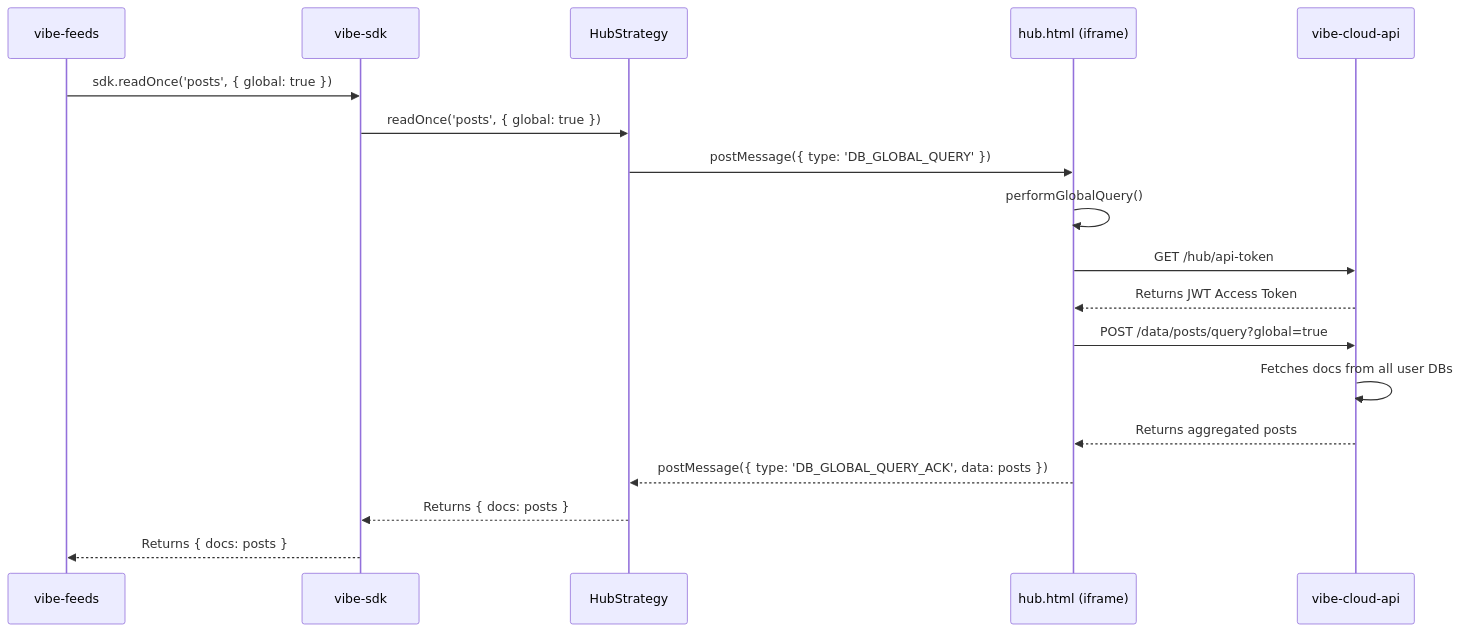
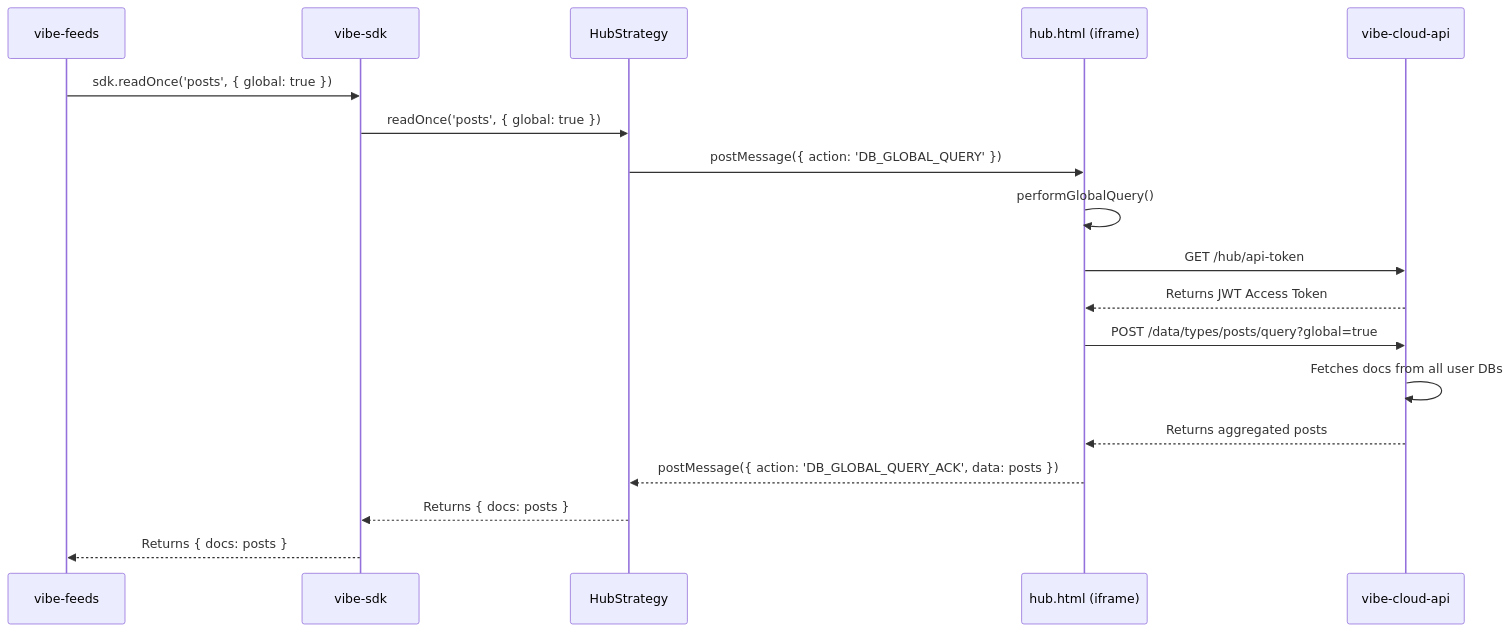
Before and after one commit to Social-Systems-Lab/vibe: the first of 5 diagrams in docs/HubDataFlow.md, drawn with Mermaid. The commit also changed other lines of this file and 15 other files, not shown here.

````diff
--- a/docs/HubDataFlow.md
+++ b/docs/HubDataFlow.md
@@ -24,21 +24,21 @@
 ```mermaid
 sequenceDiagram
     participant App as vibe-feeds
     participant SDK as vibe-sdk
     participant HubStrategy
     participant Hub as hub.html (iframe)
     participant API as vibe-cloud-api
 
     App->>SDK: sdk.readOnce('posts', { global: true })
     SDK->>HubStrategy: readOnce('posts', { global: true })
-    HubStrategy->>Hub: postMessage({ type: 'DB_GLOBAL_QUERY' })
+    HubStrategy->>Hub: postMessage({ action: 'DB_GLOBAL_QUERY' })
     Hub->>Hub: performGlobalQuery()
     Hub->>API: GET /hub/api-token
     API-->>Hub: Returns JWT Access Token
-    Hub->>API: POST /data/posts/query?global=true
+    Hub->>API: POST /data/types/posts/query?global=true
     API->>API: Fetches docs from all user DBs
     API-->>Hub: Returns aggregated posts
-    Hub-->>HubStrategy: postMessage({ type: 'DB_GLOBAL_QUERY_ACK', data: posts })
+    Hub-->>HubStrategy: postMessage({ action: 'DB_GLOBAL_QUERY_ACK', data: posts })
     HubStrategy-->>SDK: Returns { docs: posts }
     SDK-->>App: Returns { docs: posts }
 ```
````
